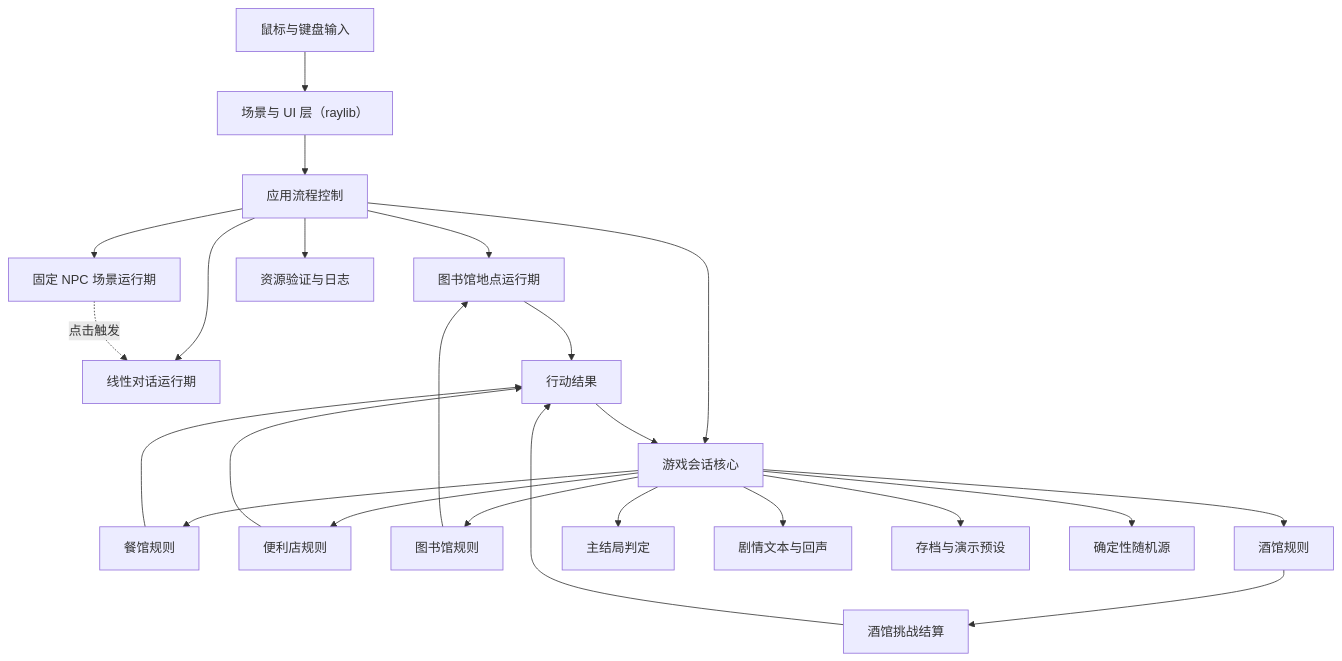
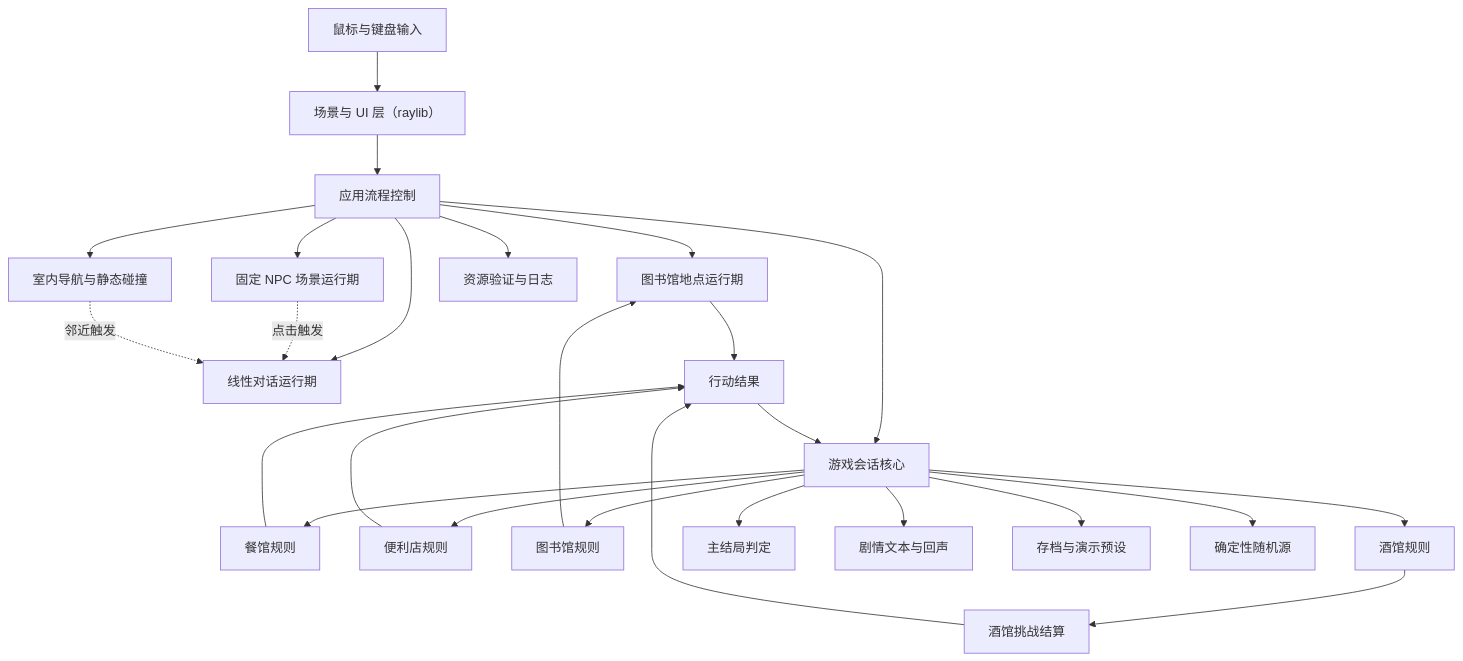
The first of 3 diagrams in docs/DESIGN.md (ljm-hsw/-666), drawn with Mermaid before and after one commit. The commit also changed other lines of this file and 27 other files, not shown here.

````diff
--- a/docs/DESIGN.md
+++ b/docs/DESIGN.md
@@ -17,26 +17,28 @@
 ```mermaid
 flowchart TB
     Input["鼠标与键盘输入"] --> Scenes["场景与 UI 层（raylib）"]
     Scenes --> App["应用流程控制"]
+    App --> Navigation["室内导航与静态碰撞"]
     App --> LibraryRuntime["图书馆地点运行期"]
     App --> FixedNpc["固定 NPC 场景运行期"]
     App --> Dialogue["线性对话运行期"]
     App --> Core["游戏会话核心"]
     Core --> Restaurant["餐馆规则"]
     Core --> Store["便利店规则"]
     Core --> Library["图书馆规则"]
     Core --> Tavern["酒馆规则"]
     Core --> Ending["主结局判定"]
     Core --> Story["剧情文本与回声"]
     Core --> Save["存档与演示预设"]
     Core --> Random["确定性随机源"]
     App --> Resources["资源验证与日志"]
     Restaurant --> Result["行动结果"]
     Store --> Result
     Library --> LibraryRuntime
     LibraryRuntime --> Result
     Tavern --> TavernSettlement["酒馆挑战结算"]
     TavernSettlement --> Result
     Result --> Core
     FixedNpc -.->|点击触发| Dialogue
+    Navigation -.->|邻近触发| Dialogue
 ```
````
